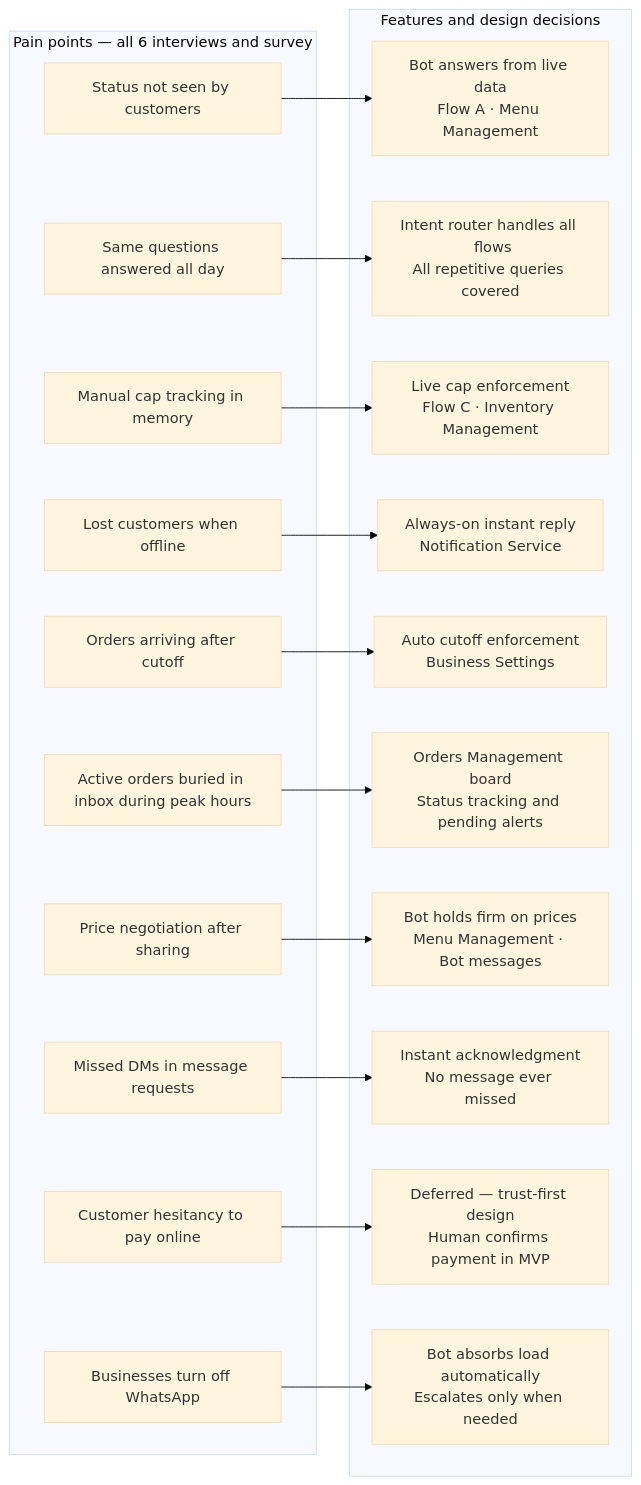
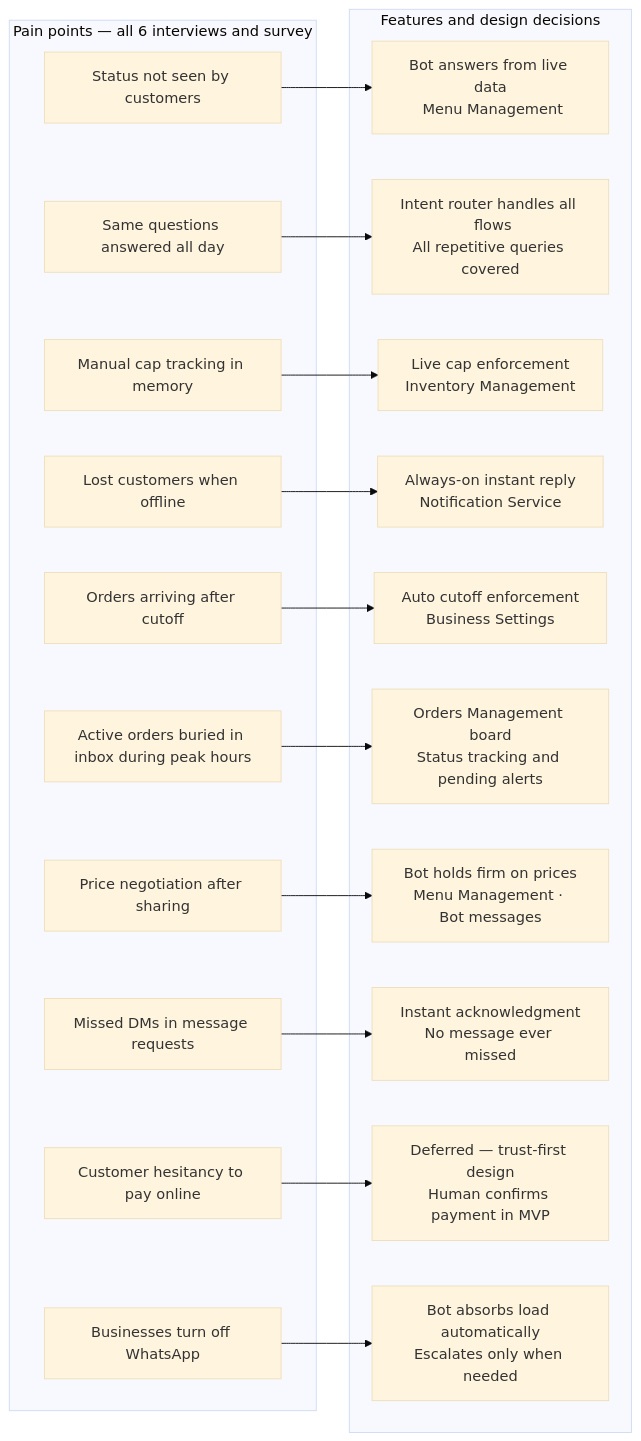
Before and after one commit to comebck-pakistan/cohort-1-squad-karakoram: the diagram in Problem to Solution Map.md, drawn with Mermaid (base theme).

Commit message:
Update Problem to Solution Map.md

````diff
--- a/Problem to Solution Map.md
+++ b/Problem to Solution Map.md
@@ -1,39 +1,39 @@
 ```mermaid
 flowchart LR
     subgraph PROBLEMS["Pain points — all 6 interviews and survey"]
         P1[Status not seen by customers]
         P2[Same questions answered all day]
         P3[Manual cap tracking in memory]
         P4[Lost customers when offline]
         P5[Orders arriving after cutoff]
         P6[Active orders buried in inbox during peak hours]
         P7[Price negotiation after sharing]
         P8[Missed DMs in message requests]
         P9[Customer hesitancy to pay online]
         P10[Businesses turn off WhatsApp]
     end
 
     subgraph SOLUTIONS["Features and design decisions"]
-        S1[Bot answers from live data\nFlow A · Menu Management]
+        S1[Bot answers from live data\n Menu Management]
         S2[Intent router handles all  flows\nAll repetitive queries covered]
-        S3[Live cap enforcement\nFlow C · Inventory Management]
+        S3[Live cap enforcement\n Inventory Management]
         S4[Always-on instant reply\nNotification Service]
         S5[Auto cutoff enforcement\nBusiness Settings]
         S6[Orders Management board\nStatus tracking and pending alerts]
         S7[Bot holds firm on prices\nMenu Management · Bot messages]
         S8[Instant acknowledgment\nNo message ever missed]
         S9[Deferred — trust-first design\nHuman confirms payment in MVP]
         S10[Bot absorbs load automatically\nEscalates only when needed]
     end
 
     P1 --> S1
     P2 --> S2
     P3 --> S3
     P4 --> S4
     P5 --> S5
     P6 --> S6
     P7 --> S7
     P8 --> S8
     P9 --> S9
     P10 --> S10
 ```
````
